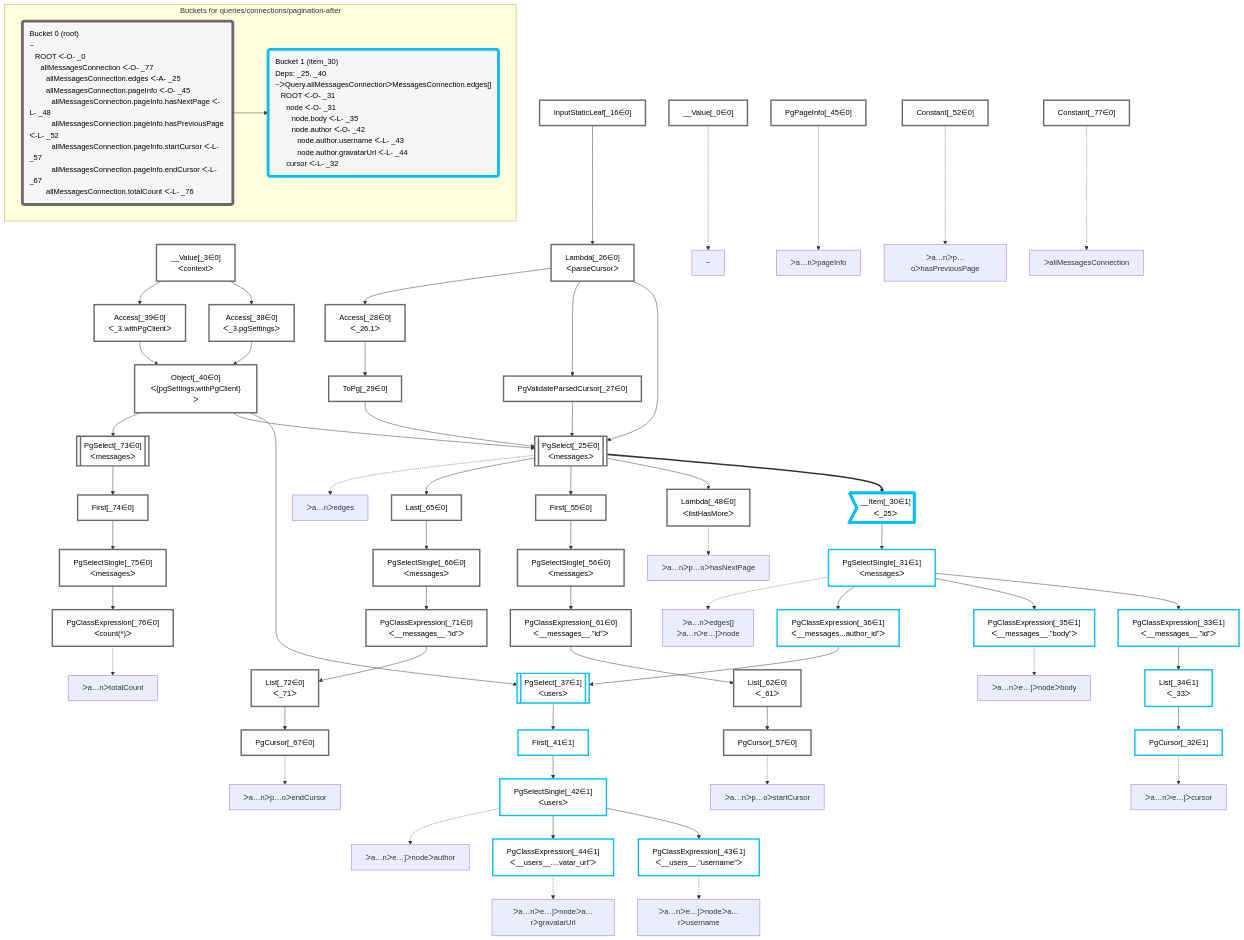
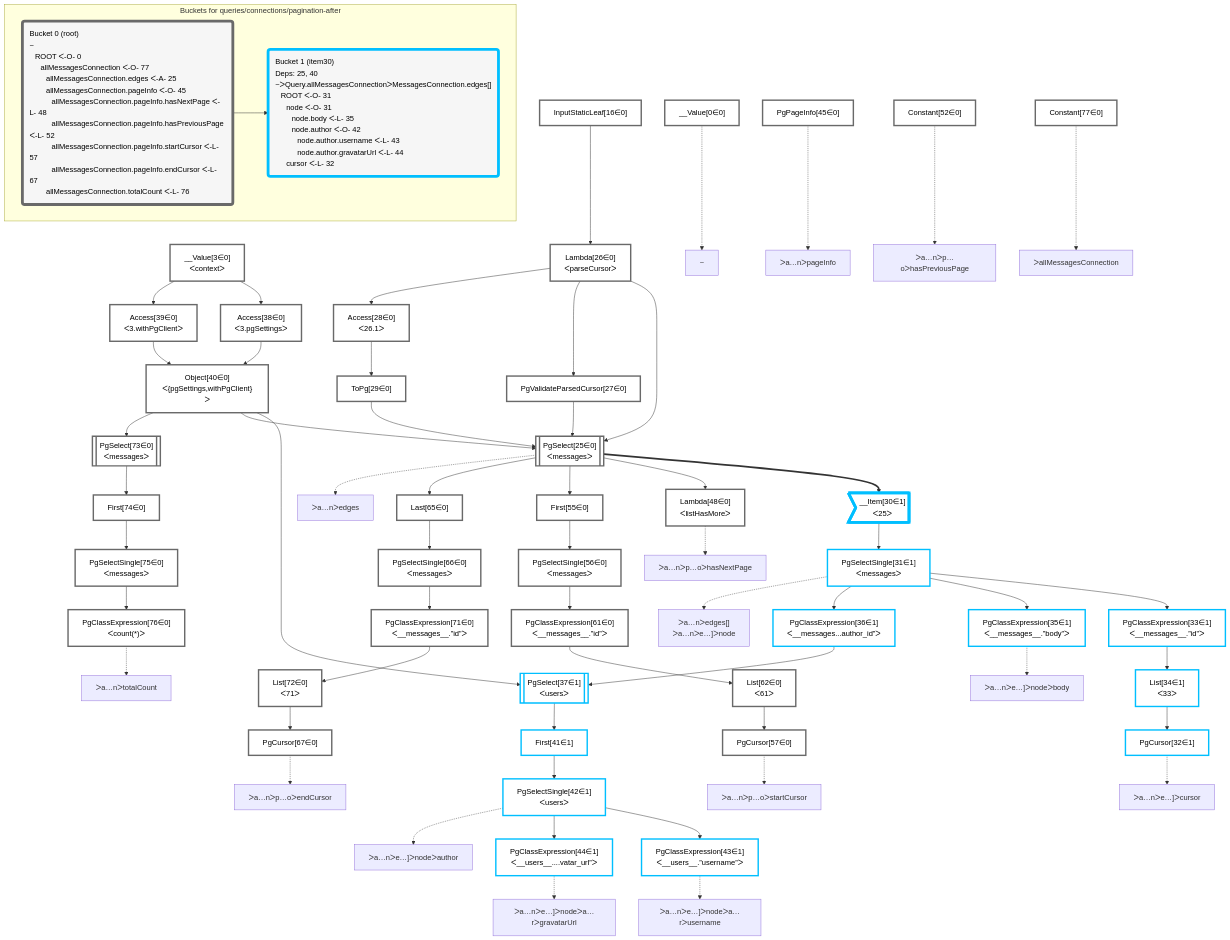
The diagram in packages/dataplan-pg/__tests__/queries/connections/pagination-after.deopt.mermaid.md (graphile/crystal), drawn with Mermaid before and after one commit. The commit also changed 195 other files, not shown here.

````diff
--- a/packages/dataplan-pg/__tests__/queries/connections/pagination-after.deopt.mermaid.md
+++ b/packages/dataplan-pg/__tests__/queries/connections/pagination-after.deopt.mermaid.md
@@ -8,124 +8,124 @@
 
 
     %% define plans
-    __Value_0["__Value[_0∈0]"]:::plan
-    PgCursor_32["PgCursor[_32∈1]"]:::plan
-    List_34["List[_34∈1]<br />ᐸ_33ᐳ"]:::plan
-    PgClassExpression_33["PgClassExpression[_33∈1]<br />ᐸ__messages__.”id”ᐳ"]:::plan
-    PgClassExpression_35["PgClassExpression[_35∈1]<br />ᐸ__messages__.”body”ᐳ"]:::plan
-    PgClassExpression_43["PgClassExpression[_43∈1]<br />ᐸ__users__.”username”ᐳ"]:::plan
-    PgClassExpression_44["PgClassExpression[_44∈1]<br />ᐸ__users__....vatar_url”ᐳ"]:::plan
-    PgSelectSingle_42["PgSelectSingle[_42∈1]<br />ᐸusersᐳ"]:::plan
-    First_41["First[_41∈1]"]:::plan
-    PgSelect_37[["PgSelect[_37∈1]<br />ᐸusersᐳ"]]:::plan
-    PgClassExpression_36["PgClassExpression[_36∈1]<br />ᐸ__messages...author_id”ᐳ"]:::plan
-    PgSelectSingle_31["PgSelectSingle[_31∈1]<br />ᐸmessagesᐳ"]:::plan
-    __Item_30>"__Item[_30∈1]<br />ᐸ_25ᐳ"]:::itemplan
-    Lambda_48["Lambda[_48∈0]<br />ᐸlistHasMoreᐳ"]:::plan
-    PgCursor_57["PgCursor[_57∈0]"]:::plan
-    List_62["List[_62∈0]<br />ᐸ_61ᐳ"]:::plan
-    PgClassExpression_61["PgClassExpression[_61∈0]<br />ᐸ__messages__.”id”ᐳ"]:::plan
-    PgSelectSingle_56["PgSelectSingle[_56∈0]<br />ᐸmessagesᐳ"]:::plan
-    First_55["First[_55∈0]"]:::plan
-    PgCursor_67["PgCursor[_67∈0]"]:::plan
-    List_72["List[_72∈0]<br />ᐸ_71ᐳ"]:::plan
-    PgClassExpression_71["PgClassExpression[_71∈0]<br />ᐸ__messages__.”id”ᐳ"]:::plan
-    PgSelectSingle_66["PgSelectSingle[_66∈0]<br />ᐸmessagesᐳ"]:::plan
-    Last_65["Last[_65∈0]"]:::plan
-    PgSelect_25[["PgSelect[_25∈0]<br />ᐸmessagesᐳ"]]:::plan
-    PgClassExpression_76["PgClassExpression[_76∈0]<br />ᐸcount(*)ᐳ"]:::plan
-    PgSelectSingle_75["PgSelectSingle[_75∈0]<br />ᐸmessagesᐳ"]:::plan
-    First_74["First[_74∈0]"]:::plan
-    PgSelect_73[["PgSelect[_73∈0]<br />ᐸmessagesᐳ"]]:::plan
-    Object_40["Object[_40∈0]<br />ᐸ{pgSettings,withPgClient}ᐳ"]:::plan
-    Access_38["Access[_38∈0]<br />ᐸ_3.pgSettingsᐳ"]:::plan
-    Access_39["Access[_39∈0]<br />ᐸ_3.withPgClientᐳ"]:::plan
-    __Value_3["__Value[_3∈0]<br />ᐸcontextᐳ"]:::plan
-    PgValidateParsedCursor_27["PgValidateParsedCursor[_27∈0]"]:::plan
-    ToPg_29["ToPg[_29∈0]"]:::plan
-    Access_28["Access[_28∈0]<br />ᐸ_26.1ᐳ"]:::plan
-    Lambda_26["Lambda[_26∈0]<br />ᐸparseCursorᐳ"]:::plan
-    InputStaticLeaf_16["InputStaticLeaf[_16∈0]"]:::plan
-    Constant_77["Constant[_77∈0]"]:::plan
-    PgPageInfo_45["PgPageInfo[_45∈0]"]:::plan
-    Constant_52["Constant[_52∈0]"]:::plan
+    __Value0["__Value[0∈0]"]:::plan
+    PgCursor32["PgCursor[32∈1]"]:::plan
+    List34["List[34∈1]<br />ᐸ33ᐳ"]:::plan
+    PgClassExpression33["PgClassExpression[33∈1]<br />ᐸ__messages__.”id”ᐳ"]:::plan
+    PgClassExpression35["PgClassExpression[35∈1]<br />ᐸ__messages__.”body”ᐳ"]:::plan
+    PgClassExpression43["PgClassExpression[43∈1]<br />ᐸ__users__.”username”ᐳ"]:::plan
+    PgClassExpression44["PgClassExpression[44∈1]<br />ᐸ__users__....vatar_url”ᐳ"]:::plan
+    PgSelectSingle42["PgSelectSingle[42∈1]<br />ᐸusersᐳ"]:::plan
+    First41["First[41∈1]"]:::plan
+    PgSelect37[["PgSelect[37∈1]<br />ᐸusersᐳ"]]:::plan
+    PgClassExpression36["PgClassExpression[36∈1]<br />ᐸ__messages...author_id”ᐳ"]:::plan
+    PgSelectSingle31["PgSelectSingle[31∈1]<br />ᐸmessagesᐳ"]:::plan
+    __Item30>"__Item[30∈1]<br />ᐸ25ᐳ"]:::itemplan
+    Lambda48["Lambda[48∈0]<br />ᐸlistHasMoreᐳ"]:::plan
+    PgCursor57["PgCursor[57∈0]"]:::plan
+    List62["List[62∈0]<br />ᐸ61ᐳ"]:::plan
+    PgClassExpression61["PgClassExpression[61∈0]<br />ᐸ__messages__.”id”ᐳ"]:::plan
+    PgSelectSingle56["PgSelectSingle[56∈0]<br />ᐸmessagesᐳ"]:::plan
+    First55["First[55∈0]"]:::plan
+    PgCursor67["PgCursor[67∈0]"]:::plan
+    List72["List[72∈0]<br />ᐸ71ᐳ"]:::plan
+    PgClassExpression71["PgClassExpression[71∈0]<br />ᐸ__messages__.”id”ᐳ"]:::plan
+    PgSelectSingle66["PgSelectSingle[66∈0]<br />ᐸmessagesᐳ"]:::plan
+    Last65["Last[65∈0]"]:::plan
+    PgSelect25[["PgSelect[25∈0]<br />ᐸmessagesᐳ"]]:::plan
+    PgClassExpression76["PgClassExpression[76∈0]<br />ᐸcount(*)ᐳ"]:::plan
+    PgSelectSingle75["PgSelectSingle[75∈0]<br />ᐸmessagesᐳ"]:::plan
+    First74["First[74∈0]"]:::plan
+    PgSelect73[["PgSelect[73∈0]<br />ᐸmessagesᐳ"]]:::plan
+    Object40["Object[40∈0]<br />ᐸ{pgSettings,withPgClient}ᐳ"]:::plan
+    Access38["Access[38∈0]<br />ᐸ3.pgSettingsᐳ"]:::plan
+    Access39["Access[39∈0]<br />ᐸ3.withPgClientᐳ"]:::plan
+    __Value3["__Value[3∈0]<br />ᐸcontextᐳ"]:::plan
+    PgValidateParsedCursor27["PgValidateParsedCursor[27∈0]"]:::plan
+    ToPg29["ToPg[29∈0]"]:::plan
+    Access28["Access[28∈0]<br />ᐸ26.1ᐳ"]:::plan
+    Lambda26["Lambda[26∈0]<br />ᐸparseCursorᐳ"]:::plan
+    InputStaticLeaf16["InputStaticLeaf[16∈0]"]:::plan
+    Constant77["Constant[77∈0]"]:::plan
+    PgPageInfo45["PgPageInfo[45∈0]"]:::plan
+    Constant52["Constant[52∈0]"]:::plan
 
     %% plan dependencies
-    List_34 --> PgCursor_32
-    PgClassExpression_33 --> List_34
-    PgSelectSingle_31 --> PgClassExpression_33
-    PgSelectSingle_31 --> PgClassExpression_35
-    PgSelectSingle_42 --> PgClassExpression_43
-    PgSelectSingle_42 --> PgClassExpression_44
-    First_41 --> PgSelectSingle_42
-    PgSelect_37 --> First_41
-    Object_40 & PgClassExpression_36 --> PgSelect_37
-    PgSelectSingle_31 --> PgClassExpression_36
-    __Item_30 --> PgSelectSingle_31
-    PgSelect_25 ==> __Item_30
-    PgSelect_25 --> Lambda_48
-    List_62 --> PgCursor_57
-    PgClassExpression_61 --> List_62
-    PgSelectSingle_56 --> PgClassExpression_61
-    First_55 --> PgSelectSingle_56
-    PgSelect_25 --> First_55
-    List_72 --> PgCursor_67
-    PgClassExpression_71 --> List_72
-    PgSelectSingle_66 --> PgClassExpression_71
-    Last_65 --> PgSelectSingle_66
-    PgSelect_25 --> Last_65
-    Object_40 & Lambda_26 & PgValidateParsedCursor_27 & ToPg_29 --> PgSelect_25
-    PgSelectSingle_75 --> PgClassExpression_76
-    First_74 --> PgSelectSingle_75
-    PgSelect_73 --> First_74
-    Object_40 --> PgSelect_73
-    Access_38 & Access_39 --> Object_40
-    __Value_3 --> Access_38
-    __Value_3 --> Access_39
-    Lambda_26 --> PgValidateParsedCursor_27
-    Access_28 --> ToPg_29
-    Lambda_26 --> Access_28
-    InputStaticLeaf_16 --> Lambda_26
+    List34 --> PgCursor32
+    PgClassExpression33 --> List34
+    PgSelectSingle31 --> PgClassExpression33
+    PgSelectSingle31 --> PgClassExpression35
+    PgSelectSingle42 --> PgClassExpression43
+    PgSelectSingle42 --> PgClassExpression44
+    First41 --> PgSelectSingle42
+    PgSelect37 --> First41
+    Object40 & PgClassExpression36 --> PgSelect37
+    PgSelectSingle31 --> PgClassExpression36
+    __Item30 --> PgSelectSingle31
+    PgSelect25 ==> __Item30
+    PgSelect25 --> Lambda48
+    List62 --> PgCursor57
+    PgClassExpression61 --> List62
+    PgSelectSingle56 --> PgClassExpression61
+    First55 --> PgSelectSingle56
+    PgSelect25 --> First55
+    List72 --> PgCursor67
+    PgClassExpression71 --> List72
+    PgSelectSingle66 --> PgClassExpression71
+    Last65 --> PgSelectSingle66
+    PgSelect25 --> Last65
+    Object40 & Lambda26 & PgValidateParsedCursor27 & ToPg29 --> PgSelect25
+    PgSelectSingle75 --> PgClassExpression76
+    First74 --> PgSelectSingle75
+    PgSelect73 --> First74
+    Object40 --> PgSelect73
+    Access38 & Access39 --> Object40
+    __Value3 --> Access38
+    __Value3 --> Access39
+    Lambda26 --> PgValidateParsedCursor27
+    Access28 --> ToPg29
+    Lambda26 --> Access28
+    InputStaticLeaf16 --> Lambda26
 
     %% plan-to-path relationships
-    P_0["~"]
-    __Value_0 -.-> P_0
-    P_25["ᐳa…nᐳedges"]
-    PgSelect_25 -.-> P_25
-    P_31["ᐳa…nᐳedges[]<br />ᐳa…nᐳe…]ᐳnode"]
-    PgSelectSingle_31 -.-> P_31
-    P_32["ᐳa…nᐳe…]ᐳcursor"]
-    PgCursor_32 -.-> P_32
-    P_35["ᐳa…nᐳe…]ᐳnodeᐳbody"]
-    PgClassExpression_35 -.-> P_35
-    P_42["ᐳa…nᐳe…]ᐳnodeᐳauthor"]
-    PgSelectSingle_42 -.-> P_42
-    P_43["ᐳa…nᐳe…]ᐳnodeᐳa…rᐳusername"]
-    PgClassExpression_43 -.-> P_43
-    P_44["ᐳa…nᐳe…]ᐳnodeᐳa…rᐳgravatarUrl"]
-    PgClassExpression_44 -.-> P_44
-    P_45["ᐳa…nᐳpageInfo"]
-    PgPageInfo_45 -.-> P_45
-    P_48["ᐳa…nᐳp…oᐳhasNextPage"]
-    Lambda_48 -.-> P_48
-    P_52["ᐳa…nᐳp…oᐳhasPreviousPage"]
-    Constant_52 -.-> P_52
-    P_57["ᐳa…nᐳp…oᐳstartCursor"]
-    PgCursor_57 -.-> P_57
-    P_67["ᐳa…nᐳp…oᐳendCursor"]
-    PgCursor_67 -.-> P_67
-    P_76["ᐳa…nᐳtotalCount"]
-    PgClassExpression_76 -.-> P_76
-    P_77["ᐳallMessagesConnection"]
-    Constant_77 -.-> P_77
+    P0["~"]
+    __Value0 -.-> P0
+    P25["ᐳa…nᐳedges"]
+    PgSelect25 -.-> P25
+    P31["ᐳa…nᐳedges[]<br />ᐳa…nᐳe…]ᐳnode"]
+    PgSelectSingle31 -.-> P31
+    P32["ᐳa…nᐳe…]ᐳcursor"]
+    PgCursor32 -.-> P32
+    P35["ᐳa…nᐳe…]ᐳnodeᐳbody"]
+    PgClassExpression35 -.-> P35
+    P42["ᐳa…nᐳe…]ᐳnodeᐳauthor"]
+    PgSelectSingle42 -.-> P42
+    P43["ᐳa…nᐳe…]ᐳnodeᐳa…rᐳusername"]
+    PgClassExpression43 -.-> P43
+    P44["ᐳa…nᐳe…]ᐳnodeᐳa…rᐳgravatarUrl"]
+    PgClassExpression44 -.-> P44
+    P45["ᐳa…nᐳpageInfo"]
+    PgPageInfo45 -.-> P45
+    P48["ᐳa…nᐳp…oᐳhasNextPage"]
+    Lambda48 -.-> P48
+    P52["ᐳa…nᐳp…oᐳhasPreviousPage"]
+    Constant52 -.-> P52
+    P57["ᐳa…nᐳp…oᐳstartCursor"]
+    PgCursor57 -.-> P57
+    P67["ᐳa…nᐳp…oᐳendCursor"]
+    PgCursor67 -.-> P67
+    P76["ᐳa…nᐳtotalCount"]
+    PgClassExpression76 -.-> P76
+    P77["ᐳallMessagesConnection"]
+    Constant77 -.-> P77
 
     subgraph "Buckets for queries/connections/pagination-after"
-    Bucket0("Bucket 0 (root)<br />~<br />⠀ROOT ᐸ-O- _0<br />⠀⠀allMessagesConnection ᐸ-O- _77<br />⠀⠀⠀allMessagesConnection.edges ᐸ-A- _25<br />⠀⠀⠀allMessagesConnection.pageInfo ᐸ-O- _45<br />⠀⠀⠀⠀allMessagesConnection.pageInfo.hasNextPage ᐸ-L- _48<br />⠀⠀⠀⠀allMessagesConnection.pageInfo.hasPreviousPage ᐸ-L- _52<br />⠀⠀⠀⠀allMessagesConnection.pageInfo.startCursor ᐸ-L- _57<br />⠀⠀⠀⠀allMessagesConnection.pageInfo.endCursor ᐸ-L- _67<br />⠀⠀⠀allMessagesConnection.totalCount ᐸ-L- _76"):::bucket
+    Bucket0("Bucket 0 (root)<br />~<br />⠀ROOT ᐸ-O- 0<br />⠀⠀allMessagesConnection ᐸ-O- 77<br />⠀⠀⠀allMessagesConnection.edges ᐸ-A- 25<br />⠀⠀⠀allMessagesConnection.pageInfo ᐸ-O- 45<br />⠀⠀⠀⠀allMessagesConnection.pageInfo.hasNextPage ᐸ-L- 48<br />⠀⠀⠀⠀allMessagesConnection.pageInfo.hasPreviousPage ᐸ-L- 52<br />⠀⠀⠀⠀allMessagesConnection.pageInfo.startCursor ᐸ-L- 57<br />⠀⠀⠀⠀allMessagesConnection.pageInfo.endCursor ᐸ-L- 67<br />⠀⠀⠀allMessagesConnection.totalCount ᐸ-L- 76"):::bucket
     classDef bucket0 stroke:#696969
-    class Bucket0,__Value_0,__Value_3,InputStaticLeaf_16,PgSelect_25,Lambda_26,PgValidateParsedCursor_27,Access_28,ToPg_29,Access_38,Access_39,Object_40,PgPageInfo_45,Lambda_48,Constant_52,First_55,PgSelectSingle_56,PgCursor_57,PgClassExpression_61,List_62,Last_65,PgSelectSingle_66,PgCursor_67,PgClassExpression_71,List_72,PgSelect_73,First_74,PgSelectSingle_75,PgClassExpression_76,Constant_77 bucket0
-    Bucket1("Bucket 1 (item_30)<br />Deps: _25, _40<br />~ᐳQuery.allMessagesConnectionᐳMessagesConnection.edges[]<br />⠀ROOT ᐸ-O- _31<br />⠀⠀node ᐸ-O- _31<br />⠀⠀⠀node.body ᐸ-L- _35<br />⠀⠀⠀node.author ᐸ-O- _42<br />⠀⠀⠀⠀node.author.username ᐸ-L- _43<br />⠀⠀⠀⠀node.author.gravatarUrl ᐸ-L- _44<br />⠀⠀cursor ᐸ-L- _32"):::bucket
+    class Bucket0,__Value0,__Value3,InputStaticLeaf16,PgSelect25,Lambda26,PgValidateParsedCursor27,Access28,ToPg29,Access38,Access39,Object40,PgPageInfo45,Lambda48,Constant52,First55,PgSelectSingle56,PgCursor57,PgClassExpression61,List62,Last65,PgSelectSingle66,PgCursor67,PgClassExpression71,List72,PgSelect73,First74,PgSelectSingle75,PgClassExpression76,Constant77 bucket0
+    Bucket1("Bucket 1 (item30)<br />Deps: 25, 40<br />~ᐳQuery.allMessagesConnectionᐳMessagesConnection.edges[]<br />⠀ROOT ᐸ-O- 31<br />⠀⠀node ᐸ-O- 31<br />⠀⠀⠀node.body ᐸ-L- 35<br />⠀⠀⠀node.author ᐸ-O- 42<br />⠀⠀⠀⠀node.author.username ᐸ-L- 43<br />⠀⠀⠀⠀node.author.gravatarUrl ᐸ-L- 44<br />⠀⠀cursor ᐸ-L- 32"):::bucket
     classDef bucket1 stroke:#00bfff
-    class Bucket1,__Item_30,PgSelectSingle_31,PgCursor_32,PgClassExpression_33,List_34,PgClassExpression_35,PgClassExpression_36,PgSelect_37,First_41,PgSelectSingle_42,PgClassExpression_43,PgClassExpression_44 bucket1
+    class Bucket1,__Item30,PgSelectSingle31,PgCursor32,PgClassExpression33,List34,PgClassExpression35,PgClassExpression36,PgSelect37,First41,PgSelectSingle42,PgClassExpression43,PgClassExpression44 bucket1
     Bucket0 --> Bucket1
     end
 ```
````
